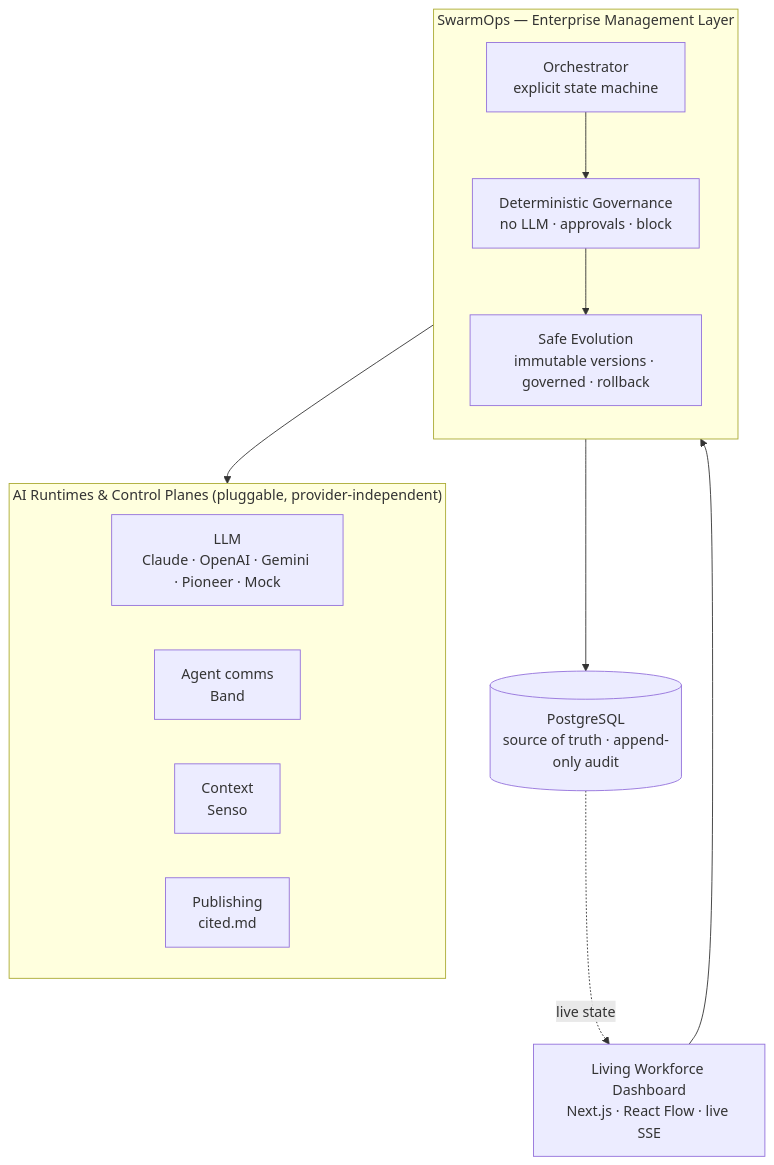
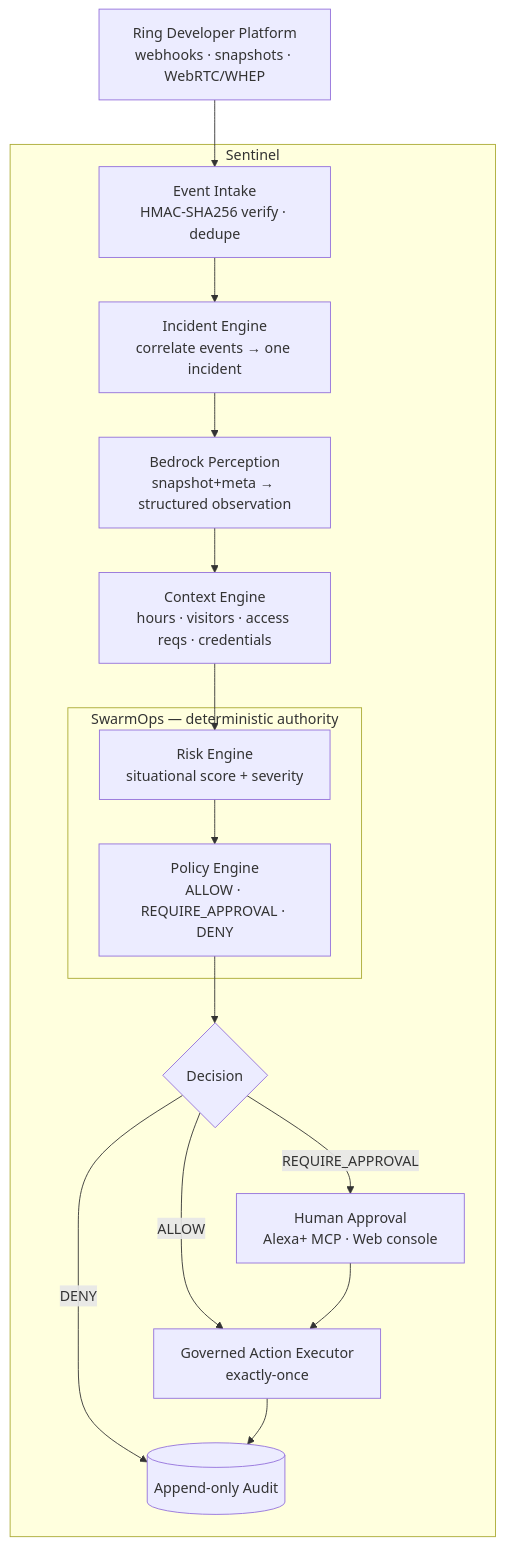
Before and after one commit to datAgent77/swarmops-SENTINEL-AWS: the diagram in README.md, drawn with Mermaid. The commit also changed other lines of this file and 3 other files, not shown here.

````diff
--- a/README.md
+++ b/README.md
@@ -82,27 +53,24 @@
 ```mermaid
 flowchart TB
-    UI["Living Workforce Dashboard<br/>Next.js · React Flow · live SSE"]
-
-    subgraph SWARMOPS["SwarmOps — Enterprise Management Layer"]
-        direction TB
-        ORCH["Orchestrator<br/>explicit state machine"]
-        GOV["Deterministic Governance<br/>no LLM · approvals · block"]
-        EVO["Safe Evolution<br/>immutable versions · governed · rollback"]
-        ORCH --> GOV --> EVO
+    RING["Ring Developer Platform<br/>webhooks · snapshots · WebRTC/WHEP"]
+    subgraph SENTINEL["Sentinel"]
+      INTAKE["Event Intake<br/>HMAC-SHA256 verify · dedupe"]
+      INC["Incident Engine<br/>correlate events → one incident"]
+      PERC["Bedrock Perception<br/>snapshot+meta → structured observation"]
+      CTX["Context Engine<br/>hours · visitors · access reqs · credentials"]
+      subgraph AUTH["SwarmOps — deterministic authority"]
+        RISK["Risk Engine<br/>situational score + severity"]
+        POL["Policy Engine<br/>ALLOW · REQUIRE_APPROVAL · DENY"]
+      end
+      DECIDE{"Decision"}
+      HUM["Human Approval<br/>Alexa+ MCP · Web console"]
+      EXE["Governed Action Executor<br/>exactly-once"]
+      AUD[("Append-only Audit")]
     end
 
-    subgraph RUNTIMES["AI Runtimes & Control Planes (pluggable, provider-independent)"]
-        direction LR
-        LLM["LLM<br/>Claude · OpenAI · Gemini · Pioneer · Mock"]
-        COMMS["Agent comms<br/>Band"]
-        CTX["Context<br/>Senso"]
-        PUB["Publishing<br/>cited.md"]
-    end
-
-    DB[("PostgreSQL<br/>source of truth · append-only audit")]
-
-    UI --> SWARMOPS
-    SWARMOPS --> RUNTIMES
-    SWARMOPS --> DB
-    DB -. live state .-> UI
+    RING --> INTAKE --> INC --> PERC --> CTX --> RISK --> POL --> DECIDE
+    DECIDE -- ALLOW --> EXE
+    DECIDE -- DENY --> AUD
+    DECIDE -- REQUIRE_APPROVAL --> HUM --> EXE
+    EXE --> AUD
 ```
````
